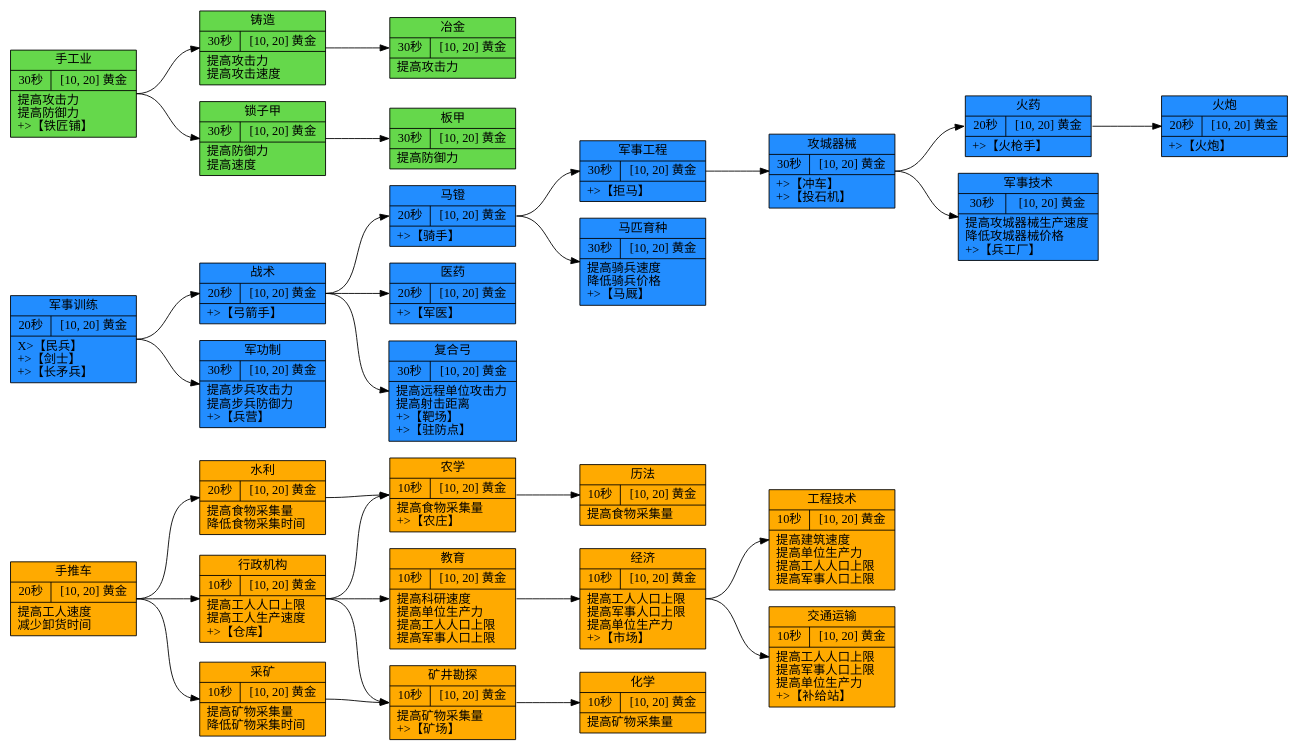
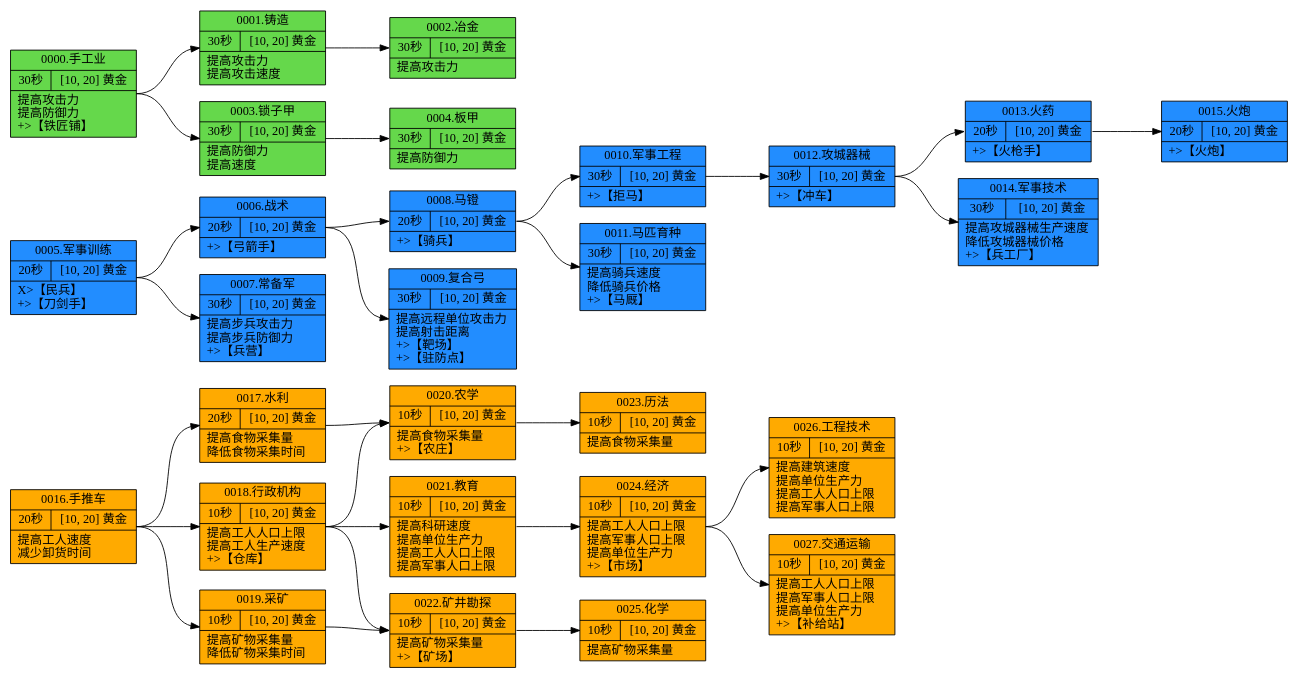
One commit to HkingAuditore/ToyEmpiresDocuments changed the third of 3 diagrams in 设计文档/Base.md. Above: the diagram before and after it, drawn with Graphviz. The commit also changed 12 other files, not shown here.

````diff
--- a/设计文档/Base.md
+++ b/设计文档/Base.md
@@ -255,63 +255,61 @@
     ``` dot{style="zoom:0.7"}
     digraph G {
-        rankdir=LR ranksep=1
-        "手推车" [label="手推车|{<f0>20秒| <f1>[10, 20] 黄金 }|提高工人速度\l减少卸货时间\l" fillcolor="#ffaa00" fontname=SimSun shape=record style=filled]
-        "水利" [label="水利|{<f0>20秒| <f1>[10, 20] 黄金 }|提高食物采集量\l降低食物采集时间\l" fillcolor="#ffaa00" fontname=SimSun shape=record style=filled]
-        "手推车":e -> "水利":w [len=2.00]
-        "采矿" [label="采矿|{<f0>10秒| <f1>[10, 20] 黄金 }|提高矿物采集量\l降低矿物采集时间\l" fillcolor="#ffaa00" fontname=SimSun shape=record style=filled]
-        "手推车":e -> "采矿":w [len=2.00]
-        "行政机构" [label="行政机构|{<f0>10秒| <f1>[10, 20] 黄金 }|提高工人人口上限\l提高工人生产速度\l\+\>【仓库】\l" fillcolor="#ffaa00" fontname=SimSun shape=record style=filled]
-        "手推车":e -> "行政机构":w [len=2.00]
-        "农学" [label="农学|{<f0>10秒| <f1>[10, 20] 黄金 }|提高食物采集量\l\+\>【农庄】\l" fillcolor="#ffaa00" fontname=SimSun shape=record style=filled]
-        "水利":e -> "农学":w [len=2.00]
-        "行政机构":e -> "农学":w [len=2.00]
-        "历法" [label="历法|{<f0>10秒| <f1>[10, 20] 黄金 }|提高食物采集量\l" fillcolor="#ffaa00" fontname=SimSun shape=record style=filled]
-        "农学":e -> "历法":w [len=2.00]
-        "矿井勘探" [label="矿井勘探|{<f0>10秒| <f1>[10, 20] 黄金 }|提高矿物采集量\l\+\>【矿场】\l" fillcolor="#ffaa00" fontname=SimSun shape=record style=filled]
-        "采矿":e -> "矿井勘探":w [len=2.00]
-        "行政机构":e -> "矿井勘探":w [len=2.00]
-        "化学" [label="化学|{<f0>10秒| <f1>[10, 20] 黄金 }|提高矿物采集量\l" fillcolor="#ffaa00" fontname=SimSun shape=record style=filled]
-        "矿井勘探":e -> "化学":w [len=2.00]
-        "教育" [label="教育|{<f0>10秒| <f1>[10, 20] 黄金 }|提高科研速度\l提高单位生产力\l提高工人人口上限\l提高军事人口上限\l" fillcolor="#ffaa00" fontname=SimSun shape=record style=filled]
-        "行政机构":e -> "教育":w [len=2.00]
-        "经济" [label="经济|{<f0>10秒| <f1>[10, 20] 黄金 }|提高工人人口上限\l提高军事人口上限\l提高单位生产力\l\+\>【市场】\l" fillcolor="#ffaa00" fontname=SimSun shape=record style=filled]
-        "教育":e -> "经济":w [len=2.00]
-        "工程技术" [label="工程技术|{<f0>10秒| <f1>[10, 20] 黄金 }|提高建筑速度\l提高单位生产力\l提高工人人口上限\l提高军事人口上限\l" fillcolor="#ffaa00" fontname=SimSun shape=record style=filled]
-        "经济":e -> "工程技术":w [len=2.00]
-        "交通运输" [label="交通运输|{<f0>10秒| <f1>[10, 20] 黄金 }|提高工人人口上限\l提高军事人口上限\l提高单位生产力\l\+\>【补给站】\l" fillcolor="#ffaa00" fontname=SimSun shape=record style=filled]
-        "经济":e -> "交通运输":w [len=2.00]
-        "军事训练" [label="军事训练|{<f0>20秒| <f1>[10, 20] 黄金 }|\X\>【民兵】\l\+\>【剑士】\l\+\>【长矛兵】\l" fillcolor="#228dff" fontname=SimSun shape=record style=filled]
-        "战术" [label="战术|{<f0>20秒| <f1>[10, 20] 黄金 }|\+\>【弓箭手】\l" fillcolor="#228dff" fontname=SimSun shape=record style=filled]
-        "军事训练":e -> "战术":w [len=2.00]
-        "马镫" [label="马镫|{<f0>20秒| <f1>[10, 20] 黄金 }|\+\>【骑手】\l" fillcolor="#228dff" fontname=SimSun shape=record style=filled]
-        "战术":e -> "马镫":w [len=2.00]
-        "医药" [label="医药|{<f0>20秒| <f1>[10, 20] 黄金 }|\+\>【军医】\l" fillcolor="#228dff" fontname=SimSun shape=record style=filled]
-        "战术":e -> "医药":w [len=2.00]
-        "军事工程" [label="军事工程|{<f0>30秒| <f1>[10, 20] 黄金 }|\+\>【拒马】\l" fillcolor="#228dff" fontname=SimSun shape=record style=filled]
-        "马镫":e -> "军事工程":w [len=2.00]
-        "攻城器械" [label="攻城器械|{<f0>30秒| <f1>[10, 20] 黄金 }|\+\>【冲车】\l\+\>【投石机】\l" fillcolor="#228dff" fontname=SimSun shape=record style=filled]
-        "军事工程":e -> "攻城器械":w [len=2.00]
-        "火药" [label="火药|{<f0>20秒| <f1>[10, 20] 黄金 }|\+\>【火枪手】\l" fillcolor="#228dff" fontname=SimSun shape=record style=filled]
-        "攻城器械":e -> "火药":w [len=2.00]
-        "火炮" [label="火炮|{<f0>20秒| <f1>[10, 20] 黄金 }|\+\>【火炮】\l" fillcolor="#228dff" fontname=SimSun shape=record style=filled]
-        "火药":e -> "火炮":w [len=2.00]
-        "军功制" [label="军功制|{<f0>30秒| <f1>[10, 20] 黄金 }|提高步兵攻击力\l提高步兵防御力\l\+\>【兵营】\l" fillcolor="#228dff" fontname=SimSun shape=record style=filled]
-        "军事训练":e -> "军功制":w [len=2.00]
-        "复合弓" [label="复合弓|{<f0>30秒| <f1>[10, 20] 黄金 }|提高远程单位攻击力\l提高射击距离\l\+\>【靶场】\l\+\>【驻防点】\l" fillcolor="#228dff" fontname=SimSun shape=record style=filled]
-        "战术":e -> "复合弓":w [len=2.00]
-        "马匹育种" [label="马匹育种|{<f0>30秒| <f1>[10, 20] 黄金 }|提高骑兵速度\l降低骑兵价格\l\+\>【马厩】\l" fillcolor="#228dff" fontname=SimSun shape=record style=filled]
-        "马镫":e -> "马匹育种":w [len=2.00]
-        "军事技术" [label="军事技术|{<f0>30秒| <f1>[10, 20] 黄金 }|提高攻城器械生产速度\l降低攻城器械价格\l\+\>【兵工厂】\l" fillcolor="#228dff" fontname=SimSun shape=record style=filled]
-        "攻城器械":e -> "军事技术":w [len=2.00]
-        "手工业" [label="手工业|{<f0>30秒| <f1>[10, 20] 黄金 }|提高攻击力\l提高防御力\l\+\>【铁匠铺】\l" fillcolor="#65d84b" fontname=SimSun shape=record style=filled]
-        "铸造" [label="铸造|{<f0>30秒| <f1>[10, 20] 黄金 }|提高攻击力\l提高攻击速度\l" fillcolor="#65d84b" fontname=SimSun shape=record style=filled]
-        "手工业":e -> "铸造":w [len=2.00]
-        "冶金" [label="冶金|{<f0>30秒| <f1>[10, 20] 黄金 }|提高攻击力\l" fillcolor="#65d84b" fontname=SimSun shape=record style=filled]
-        "铸造":e -> "冶金":w [len=2.00]
-        "锁子甲" [label="锁子甲|{<f0>30秒| <f1>[10, 20] 黄金 }|提高防御力\l提高速度\l" fillcolor="#65d84b" fontname=SimSun shape=record style=filled]
-        "手工业":e -> "锁子甲":w [len=2.00]
-        "板甲" [label="板甲|{<f0>30秒| <f1>[10, 20] 黄金 }|提高防御力\l" fillcolor="#65d84b" fontname=SimSun shape=record style=filled]
-        "锁子甲":e -> "板甲":w [len=2.00]
+	rankdir=LR ranksep=1
+	"手推车" [label="0016.手推车|{<f0>20秒| <f1>[10, 20] 黄金 }|提高工人速度\l减少卸货时间\l" fillcolor="#ffaa00" fontname=SimSun shape=record style=filled]
+	"水利" [label="0017.水利|{<f0>20秒| <f1>[10, 20] 黄金 }|提高食物采集量\l降低食物采集时间\l" fillcolor="#ffaa00" fontname=SimSun shape=record style=filled]
+	"手推车":e -> "水利":w [len=2.00]
+	"采矿" [label="0019.采矿|{<f0>10秒| <f1>[10, 20] 黄金 }|提高矿物采集量\l降低矿物采集时间\l" fillcolor="#ffaa00" fontname=SimSun shape=record style=filled]
+	"手推车":e -> "采矿":w [len=2.00]
+	"行政机构" [label="0018.行政机构|{<f0>10秒| <f1>[10, 20] 黄金 }|提高工人人口上限\l提高工人生产速度\l\+\>【仓库】\l" fillcolor="#ffaa00" fontname=SimSun shape=record style=filled]
+	"手推车":e -> "行政机构":w [len=2.00]
+	"农学" [label="0020.农学|{<f0>10秒| <f1>[10, 20] 黄金 }|提高食物采集量\l\+\>【农庄】\l" fillcolor="#ffaa00" fontname=SimSun shape=record style=filled]
+	"水利":e -> "农学":w [len=2.00]
+	"行政机构":e -> "农学":w [len=2.00]
+	"历法" [label="0023.历法|{<f0>10秒| <f1>[10, 20] 黄金 }|提高食物采集量\l" fillcolor="#ffaa00" fontname=SimSun shape=record style=filled]
+	"农学":e -> "历法":w [len=2.00]
+	"矿井勘探" [label="0022.矿井勘探|{<f0>10秒| <f1>[10, 20] 黄金 }|提高矿物采集量\l\+\>【矿场】\l" fillcolor="#ffaa00" fontname=SimSun shape=record style=filled]
+	"采矿":e -> "矿井勘探":w [len=2.00]
+	"行政机构":e -> "矿井勘探":w [len=2.00]
+	"化学" [label="0025.化学|{<f0>10秒| <f1>[10, 20] 黄金 }|提高矿物采集量\l" fillcolor="#ffaa00" fontname=SimSun shape=record style=filled]
+	"矿井勘探":e -> "化学":w [len=2.00]
+	"教育" [label="0021.教育|{<f0>10秒| <f1>[10, 20] 黄金 }|提高科研速度\l提高单位生产力\l提高工人人口上限\l提高军事人口上限\l" fillcolor="#ffaa00" fontname=SimSun shape=record style=filled]
+	"行政机构":e -> "教育":w [len=2.00]
+	"经济" [label="0024.经济|{<f0>10秒| <f1>[10, 20] 黄金 }|提高工人人口上限\l提高军事人口上限\l提高单位生产力\l\+\>【市场】\l" fillcolor="#ffaa00" fontname=SimSun shape=record style=filled]
+	"教育":e -> "经济":w [len=2.00]
+	"工程技术" [label="0026.工程技术|{<f0>10秒| <f1>[10, 20] 黄金 }|提高建筑速度\l提高单位生产力\l提高工人人口上限\l提高军事人口上限\l" fillcolor="#ffaa00" fontname=SimSun shape=record style=filled]
+	"经济":e -> "工程技术":w [len=2.00]
+	"交通运输" [label="0027.交通运输|{<f0>10秒| <f1>[10, 20] 黄金 }|提高工人人口上限\l提高军事人口上限\l提高单位生产力\l\+\>【补给站】\l" fillcolor="#ffaa00" fontname=SimSun shape=record style=filled]
+	"经济":e -> "交通运输":w [len=2.00]
+	"军事训练" [label="0005.军事训练|{<f0>20秒| <f1>[10, 20] 黄金 }|\X\>【民兵】\l\+\>【刀剑手】\l" fillcolor="#228dff" fontname=SimSun shape=record style=filled]
+	"战术" [label="0006.战术|{<f0>20秒| <f1>[10, 20] 黄金 }|\+\>【弓箭手】\l" fillcolor="#228dff" fontname=SimSun shape=record style=filled]
+	"军事训练":e -> "战术":w [len=2.00]
+	"马镫" [label="0008.马镫|{<f0>20秒| <f1>[10, 20] 黄金 }|\+\>【骑兵】\l" fillcolor="#228dff" fontname=SimSun shape=record style=filled]
+	"战术":e -> "马镫":w [len=2.00]
+	"军事工程" [label="0010.军事工程|{<f0>30秒| <f1>[10, 20] 黄金 }|\+\>【拒马】\l" fillcolor="#228dff" fontname=SimSun shape=record style=filled]
+	"马镫":e -> "军事工程":w [len=2.00]
+	"攻城器械" [label="0012.攻城器械|{<f0>30秒| <f1>[10, 20] 黄金 }|\+\>【冲车】\l" fillcolor="#228dff" fontname=SimSun shape=record style=filled]
+	"军事工程":e -> "攻城器械":w [len=2.00]
+	"火药" [label="0013.火药|{<f0>20秒| <f1>[10, 20] 黄金 }|\+\>【火枪手】\l" fillcolor="#228dff" fontname=SimSun shape=record style=filled]
+	"攻城器械":e -> "火药":w [len=2.00]
+	"火炮" [label="0015.火炮|{<f0>20秒| <f1>[10, 20] 黄金 }|\+\>【火炮】\l" fillcolor="#228dff" fontname=SimSun shape=record style=filled]
+	"火药":e -> "火炮":w [len=2.00]
+	"常备军" [label="0007.常备军|{<f0>30秒| <f1>[10, 20] 黄金 }|提高步兵攻击力\l提高步兵防御力\l\+\>【兵营】\l" fillcolor="#228dff" fontname=SimSun shape=record style=filled]
+	"军事训练":e -> "常备军":w [len=2.00]
+	"复合弓" [label="0009.复合弓|{<f0>30秒| <f1>[10, 20] 黄金 }|提高远程单位攻击力\l提高射击距离\l\+\>【靶场】\l\+\>【驻防点】\l" fillcolor="#228dff" fontname=SimSun shape=record style=filled]
+	"战术":e -> "复合弓":w [len=2.00]
+	"马匹育种" [label="0011.马匹育种|{<f0>30秒| <f1>[10, 20] 黄金 }|提高骑兵速度\l降低骑兵价格\l\+\>【马厩】\l" fillcolor="#228dff" fontname=SimSun shape=record style=filled]
+	"马镫":e -> "马匹育种":w [len=2.00]
+	"军事技术" [label="0014.军事技术|{<f0>30秒| <f1>[10, 20] 黄金 }|提高攻城器械生产速度\l降低攻城器械价格\l\+\>【兵工厂】\l" fillcolor="#228dff" fontname=SimSun shape=record style=filled]
+	"攻城器械":e -> "军事技术":w [len=2.00]
+	"手工业" [label="0000.手工业|{<f0>30秒| <f1>[10, 20] 黄金 }|提高攻击力\l提高防御力\l\+\>【铁匠铺】\l" fillcolor="#65d84b" fontname=SimSun shape=record style=filled]
+	"铸造" [label="0001.铸造|{<f0>30秒| <f1>[10, 20] 黄金 }|提高攻击力\l提高攻击速度\l" fillcolor="#65d84b" fontname=SimSun shape=record style=filled]
+	"手工业":e -> "铸造":w [len=2.00]
+	"冶金" [label="0002.冶金|{<f0>30秒| <f1>[10, 20] 黄金 }|提高攻击力\l" fillcolor="#65d84b" fontname=SimSun shape=record style=filled]
+	"铸造":e -> "冶金":w [len=2.00]
+	"锁子甲" [label="0003.锁子甲|{<f0>30秒| <f1>[10, 20] 黄金 }|提高防御力\l提高速度\l" fillcolor="#65d84b" fontname=SimSun shape=record style=filled]
+	"手工业":e -> "锁子甲":w [len=2.00]
+	"板甲" [label="0004.板甲|{<f0>30秒| <f1>[10, 20] 黄金 }|提高防御力\l" fillcolor="#65d84b" fontname=SimSun shape=record style=filled]
+	"锁子甲":e -> "板甲":w [len=2.00]
     }
 
     ```
````
